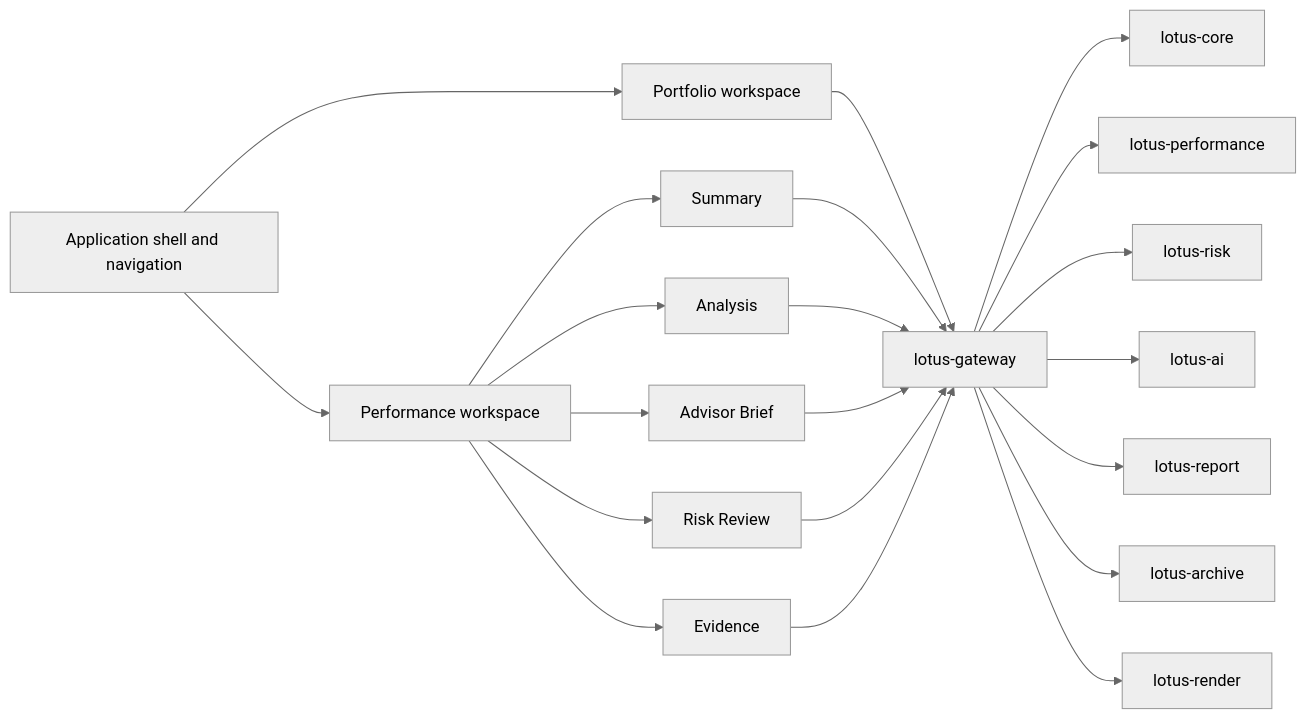
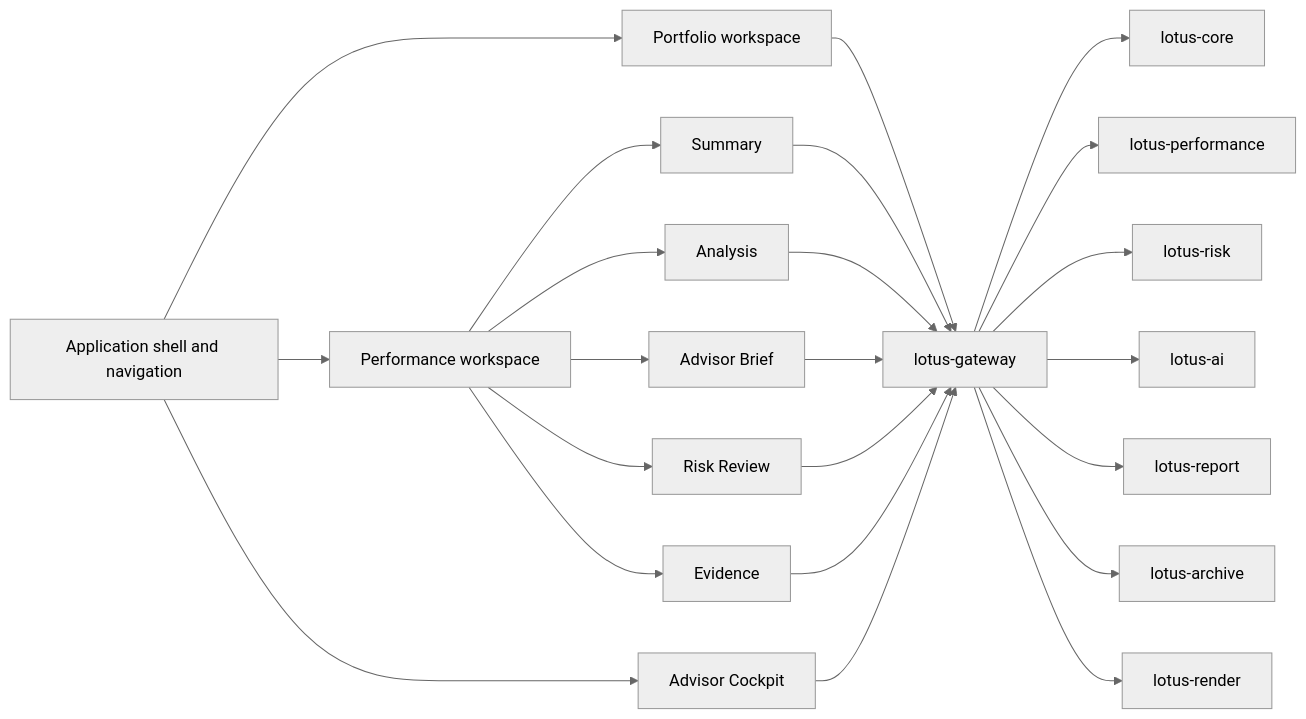
Before and after one commit to sgajbi/advisor-workbench: the first of 2 diagrams in wiki/Architecture.md, drawn with Mermaid (neutral theme). The commit also changed other lines of this file and 13 other files, not shown here.

Commit message:
feat: prove advisor cockpit canonical workflow

````diff
--- a/wiki/Architecture.md
+++ b/wiki/Architecture.md
@@ -34,25 +37,27 @@
 ```mermaid
 flowchart LR
   Shell[Application shell and navigation] --> Portfolio[Portfolio workspace]
   Shell --> Performance[Performance workspace]
   Performance --> Summary[Summary]
   Performance --> Analysis[Analysis]
   Performance --> AdvisorBrief[Advisor Brief]
   Performance --> Risk[Risk Review]
   Performance --> Evidence[Evidence]
+  Shell --> Cockpit[Advisor Cockpit]
 
   Portfolio --> Gateway[lotus-gateway]
   Summary --> Gateway
   Analysis --> Gateway
   AdvisorBrief --> Gateway
   Risk --> Gateway
   Evidence --> Gateway
+  Cockpit --> Gateway
 
   Gateway --> Core[lotus-core]
   Gateway --> PerfSvc[lotus-performance]
   Gateway --> RiskSvc[lotus-risk]
   Gateway --> AISvc[lotus-ai]
   Gateway --> ReportSvc[lotus-report]
   Gateway --> ArchiveSvc[lotus-archive]
   Gateway --> RenderSvc[lotus-render]
 ```
````
